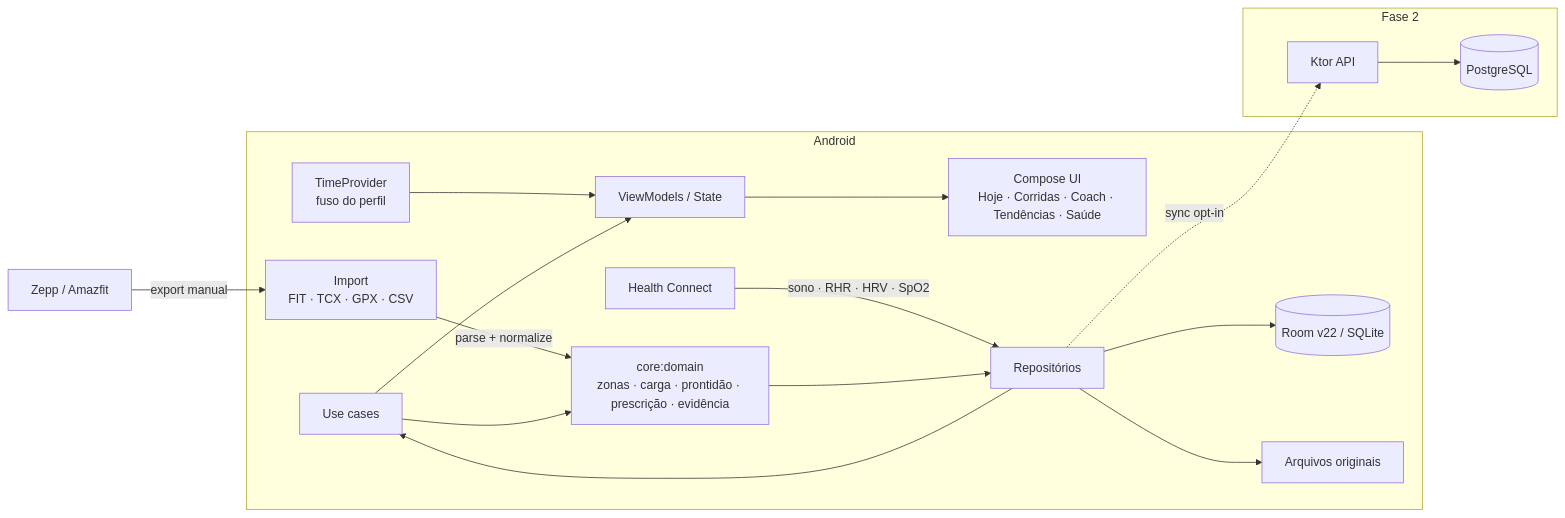
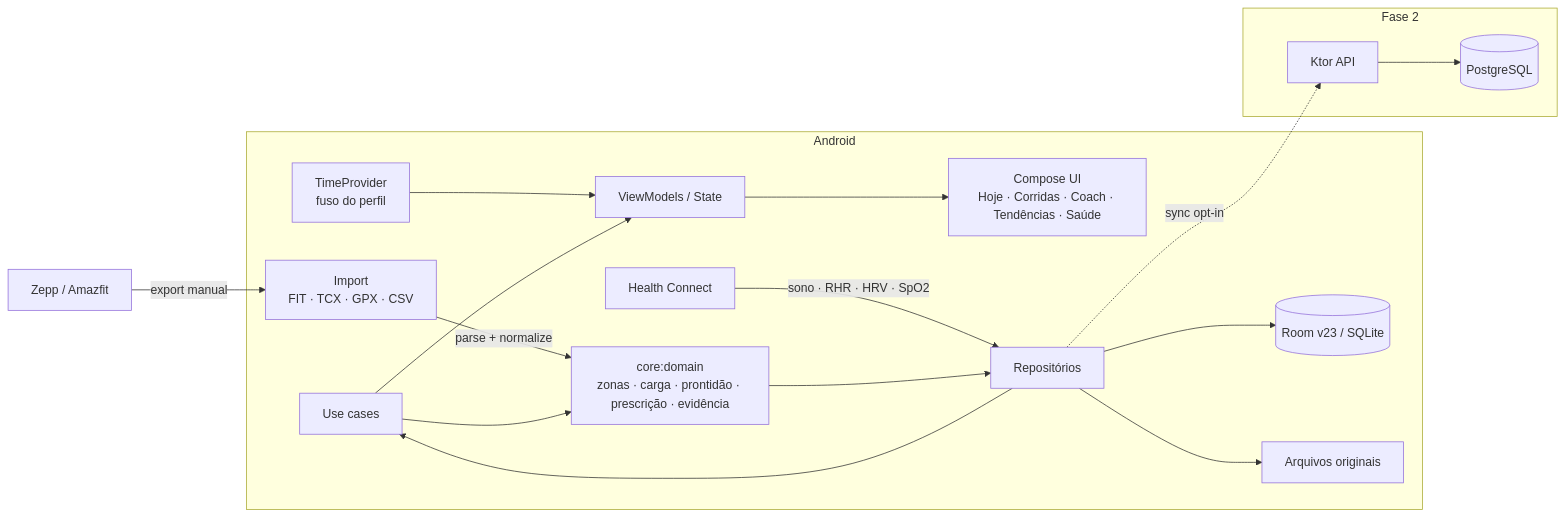
The first of 2 diagrams in docs/ARCHITECTURE.md (rafaelclima/meucoach), drawn with Mermaid before and after one commit. The commit also changed other lines of this file and 62 other files, not shown here.

````diff
--- a/docs/ARCHITECTURE.md
+++ b/docs/ARCHITECTURE.md
@@ -16,31 +16,31 @@
 ```mermaid
 flowchart LR
     subgraph Android
         UI[Compose UI\nHoje · Corridas · Coach · Tendências · Saúde]
         VM[ViewModels / State]
         UC[Use cases]
         DOM[core:domain\nzonas · carga · prontidão · prescrição · evidência]
         TIME[TimeProvider\nfuso do perfil]
         REPO[Repositórios]
-        ROOM[(Room v22 / SQLite)]
+        ROOM[(Room v23 / SQLite)]
         HC[Health Connect]
         IMP[Import\nFIT · TCX · GPX · CSV]
         FS[Arquivos originais]
     end
 
     ZEPP[Zepp / Amazfit] -->|export manual| IMP
     HC -->|sono · RHR · HRV · SpO2| REPO
     IMP -->|parse + normalize| DOM
     DOM --> REPO
     REPO --> ROOM
     REPO --> FS
     TIME --> VM
     REPO --> UC --> VM --> UI
     UC --> DOM
 
     subgraph Fase 2
         API[Ktor API]
         PG[(PostgreSQL)]
         REPO -.->|sync opt-in| API --> PG
     end
 ```
````
